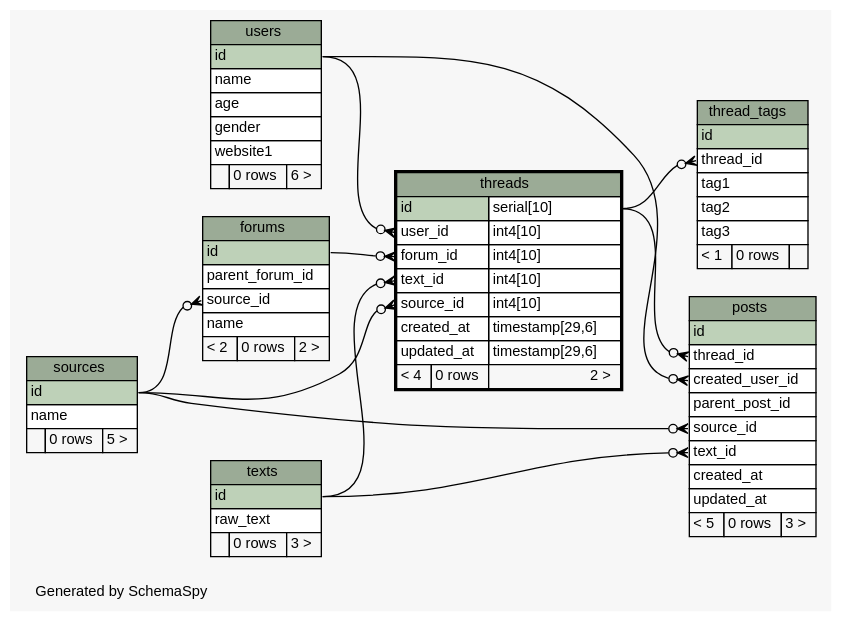
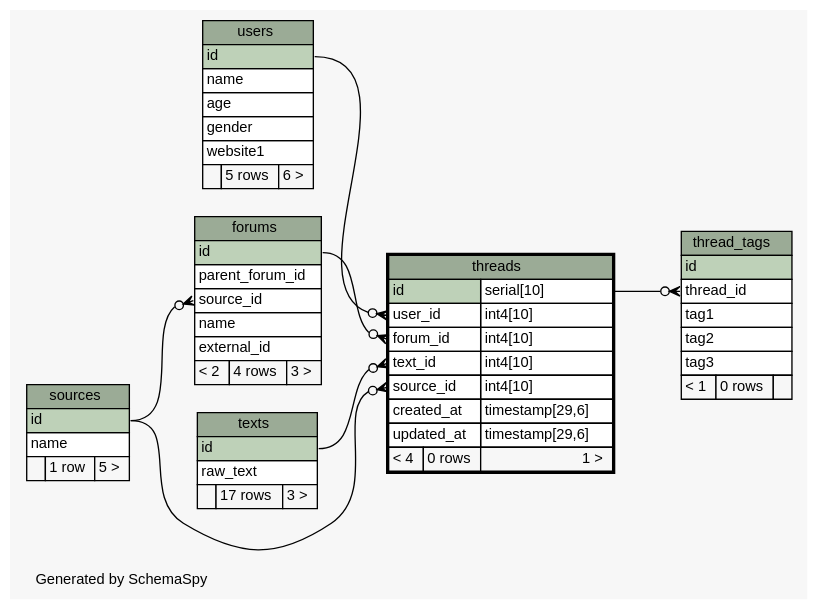
The diagram in schema/oltp/diagrams/threads.1degree.dot (ryanaustincarlson/moocdb), drawn with Graphviz before and after one commit. The commit also changed 77 other files, not shown here.

Commit message:
updated oltp schema

```diff
--- a/schema/oltp/diagrams/threads.1degree.dot
+++ b/schema/oltp/diagrams/threads.1degree.dot
@@ -1,128 +1,108 @@
-// dot 2.34.0 on Mac OS X 10.8.3
+// dot 2.32.0 on Mac OS X 10.8.5
 // SchemaSpy rev 590
 digraph "oneDegreeRelationshipsDiagram" {
   graph [
     rankdir="RL"
     bgcolor="#f7f7f7"
     label="\nGenerated by SchemaSpy"
     labeljust="l"
     nodesep="0.18"
     ranksep="0.46"
     fontname="Helvetica"
     fontsize="11"
   ];
   node [
     fontname="Helvetica"
     fontsize="11"
     shape="plaintext"
   ];
   edge [
     arrowsize="0.8"
   ];
   "forums":"source_id":w -> "sources":"id":e [arrowhead=none dir=back arrowtail=crowodot];
-  "posts":"created_user_id":w -> "users":"id":e [arrowhead=none dir=back arrowtail=crowodot];
-  "posts":"source_id":w -> "sources":"id":e [arrowhead=none dir=back arrowtail=crowodot];
-  "posts":"text_id":w -> "texts":"id":e [arrowhead=none dir=back arrowtail=crowodot];
-  "posts":"thread_id":w -> "threads":"id.type":e [arrowhead=none dir=back arrowtail=crowodot];
   "thread_tags":"thread_id":w -> "threads":"id.type":e [arrowhead=none dir=back arrowtail=crowodot];
   "threads":"forum_id":w -> "forums":"id":e [arrowhead=none dir=back arrowtail=crowodot];
   "threads":"source_id":w -> "sources":"id":e [arrowhead=none dir=back arrowtail=crowodot];
   "threads":"text_id":w -> "texts":"id":e [arrowhead=none dir=back arrowtail=crowodot];
   "threads":"user_id":w -> "users":"id":e [arrowhead=none dir=back arrowtail=crowodot];
   "forums" [
     label=<
     <TABLE BORDER="0" CELLBORDER="1" CELLSPACING="0" BGCOLOR="#ffffff">
       <TR><TD COLSPAN="3" BGCOLOR="#9bab96" ALIGN="CENTER">forums</TD></TR>
       <TR><TD PORT="id" COLSPAN="3" BGCOLOR="#bed1b8" ALIGN="LEFT">id</TD></TR>
       <TR><TD PORT="parent_forum_id" COLSPAN="3" ALIGN="LEFT">parent_forum_id</TD></TR>
       <TR><TD PORT="source_id" COLSPAN="3" ALIGN="LEFT">source_id</TD></TR>
       <TR><TD PORT="name" COLSPAN="3" ALIGN="LEFT">name</TD></TR>
-      <TR><TD ALIGN="LEFT" BGCOLOR="#f7f7f7">&lt; 2</TD><TD ALIGN="RIGHT" BGCOLOR="#f7f7f7">0 rows</TD><TD ALIGN="RIGHT" BGCOLOR="#f7f7f7">2 &gt;</TD></TR>
+      <TR><TD PORT="external_id" COLSPAN="3" ALIGN="LEFT">external_id</TD></TR>
+      <TR><TD ALIGN="LEFT" BGCOLOR="#f7f7f7">&lt; 2</TD><TD ALIGN="RIGHT" BGCOLOR="#f7f7f7">4 rows</TD><TD ALIGN="RIGHT" BGCOLOR="#f7f7f7">3 &gt;</TD></TR>
     </TABLE>>
     URL="forums.html"
     tooltip="forums"
-  ];
-  "posts" [
-    label=<
-    <TABLE BORDER="0" CELLBORDER="1" CELLSPACING="0" BGCOLOR="#ffffff">
-      <TR><TD COLSPAN="3" BGCOLOR="#9bab96" ALIGN="CENTER">posts</TD></TR>
-      <TR><TD PORT="id" COLSPAN="3" BGCOLOR="#bed1b8" ALIGN="LEFT">id</TD></TR>
-      <TR><TD PORT="thread_id" COLSPAN="3" ALIGN="LEFT">thread_id</TD></TR>
-      <TR><TD PORT="created_user_id" COLSPAN="3" ALIGN="LEFT">created_user_id</TD></TR>
-      <TR><TD PORT="parent_post_id" COLSPAN="3" ALIGN="LEFT">parent_post_id</TD></TR>
-      <TR><TD PORT="source_id" COLSPAN="3" ALIGN="LEFT">source_id</TD></TR>
-      <TR><TD PORT="text_id" COLSPAN="3" ALIGN="LEFT">text_id</TD></TR>
-      <TR><TD PORT="created_at" COLSPAN="3" ALIGN="LEFT">created_at</TD></TR>
-      <TR><TD PORT="updated_at" COLSPAN="3" ALIGN="LEFT">updated_at</TD></TR>
-      <TR><TD ALIGN="LEFT" BGCOLOR="#f7f7f7">&lt; 5</TD><TD ALIGN="RIGHT" BGCOLOR="#f7f7f7">0 rows</TD><TD ALIGN="RIGHT" BGCOLOR="#f7f7f7">3 &gt;</TD></TR>
-    </TABLE>>
-    URL="posts.html"
-    tooltip="posts"
   ];
   "sources" [
     label=<
     <TABLE BORDER="0" CELLBORDER="1" CELLSPACING="0" BGCOLOR="#ffffff">
       <TR><TD COLSPAN="3" BGCOLOR="#9bab96" ALIGN="CENTER">sources</TD></TR>
       <TR><TD PORT="id" COLSPAN="3" BGCOLOR="#bed1b8" ALIGN="LEFT">id</TD></TR>
       <TR><TD PORT="name" COLSPAN="3" ALIGN="LEFT">name</TD></TR>
-      <TR><TD ALIGN="LEFT" BGCOLOR="#f7f7f7">  </TD><TD ALIGN="RIGHT" BGCOLOR="#f7f7f7">0 rows</TD><TD ALIGN="RIGHT" BGCOLOR="#f7f7f7">5 &gt;</TD></TR>
+      <TR><TD ALIGN="LEFT" BGCOLOR="#f7f7f7">  </TD><TD ALIGN="RIGHT" BGCOLOR="#f7f7f7">1 row</TD><TD ALIGN="RIGHT" BGCOLOR="#f7f7f7">5 &gt;</TD></TR>
     </TABLE>>
     URL="sources.html"
     tooltip="sources"
   ];
   "texts" [
     label=<
     <TABLE BORDER="0" CELLBORDER="1" CELLSPACING="0" BGCOLOR="#ffffff">
       <TR><TD COLSPAN="3" BGCOLOR="#9bab96" ALIGN="CENTER">texts</TD></TR>
       <TR><TD PORT="id" COLSPAN="3" BGCOLOR="#bed1b8" ALIGN="LEFT">id</TD></TR>
       <TR><TD PORT="raw_text" COLSPAN="3" ALIGN="LEFT">raw_text</TD></TR>
-      <TR><TD ALIGN="LEFT" BGCOLOR="#f7f7f7">  </TD><TD ALIGN="RIGHT" BGCOLOR="#f7f7f7">0 rows</TD><TD ALIGN="RIGHT" BGCOLOR="#f7f7f7">3 &gt;</TD></TR>
+      <TR><TD ALIGN="LEFT" BGCOLOR="#f7f7f7">  </TD><TD ALIGN="RIGHT" BGCOLOR="#f7f7f7">17 rows</TD><TD ALIGN="RIGHT" BGCOLOR="#f7f7f7">3 &gt;</TD></TR>
     </TABLE>>
     URL="texts.html"
     tooltip="texts"
   ];
   "thread_tags" [
     label=<
     <TABLE BORDER="0" CELLBORDER="1" CELLSPACING="0" BGCOLOR="#ffffff">
       <TR><TD COLSPAN="3" BGCOLOR="#9bab96" ALIGN="CENTER">thread_tags</TD></TR>
       <TR><TD PORT="id" COLSPAN="3" BGCOLOR="#bed1b8" ALIGN="LEFT">id</TD></TR>
       <TR><TD PORT="thread_id" COLSPAN="3" ALIGN="LEFT">thread_id</TD></TR>
       <TR><TD PORT="tag1" COLSPAN="3" ALIGN="LEFT">tag1</TD></TR>
       <TR><TD PORT="tag2" COLSPAN="3" ALIGN="LEFT">tag2</TD></TR>
       <TR><TD PORT="tag3" COLSPAN="3" ALIGN="LEFT">tag3</TD></TR>
       <TR><TD ALIGN="LEFT" BGCOLOR="#f7f7f7">&lt; 1</TD><TD ALIGN="RIGHT" BGCOLOR="#f7f7f7">0 rows</TD><TD ALIGN="RIGHT" BGCOLOR="#f7f7f7">  </TD></TR>
     </TABLE>>
     URL="thread_tags.html"
     tooltip="thread_tags"
   ];
   "threads" [
     label=<
     <TABLE BORDER="2" CELLBORDER="1" CELLSPACING="0" BGCOLOR="#ffffff">
       <TR><TD COLSPAN="3" BGCOLOR="#9bab96" ALIGN="CENTER">threads</TD></TR>
       <TR><TD PORT="id" COLSPAN="2" BGCOLOR="#bed1b8" ALIGN="LEFT">id</TD><TD PORT="id.type" ALIGN="LEFT">serial[10]</TD></TR>
       <TR><TD PORT="user_id" COLSPAN="2" ALIGN="LEFT">user_id</TD><TD PORT="user_id.type" ALIGN="LEFT">int4[10]</TD></TR>
       <TR><TD PORT="forum_id" COLSPAN="2" ALIGN="LEFT">forum_id</TD><TD PORT="forum_id.type" ALIGN="LEFT">int4[10]</TD></TR>
       <TR><TD PORT="text_id" COLSPAN="2" ALIGN="LEFT">text_id</TD><TD PORT="text_id.type" ALIGN="LEFT">int4[10]</TD></TR>
       <TR><TD PORT="source_id" COLSPAN="2" ALIGN="LEFT">source_id</TD><TD PORT="source_id.type" ALIGN="LEFT">int4[10]</TD></TR>
       <TR><TD PORT="created_at" COLSPAN="2" ALIGN="LEFT">created_at</TD><TD PORT="created_at.type" ALIGN="LEFT">timestamp[29,6]</TD></TR>
       <TR><TD PORT="updated_at" COLSPAN="2" ALIGN="LEFT">updated_at</TD><TD PORT="updated_at.type" ALIGN="LEFT">timestamp[29,6]</TD></TR>
-      <TR><TD ALIGN="LEFT" BGCOLOR="#f7f7f7">&lt; 4</TD><TD ALIGN="RIGHT" BGCOLOR="#f7f7f7">0 rows</TD><TD ALIGN="RIGHT" BGCOLOR="#f7f7f7">2 &gt;</TD></TR>
+      <TR><TD ALIGN="LEFT" BGCOLOR="#f7f7f7">&lt; 4</TD><TD ALIGN="RIGHT" BGCOLOR="#f7f7f7">0 rows</TD><TD ALIGN="RIGHT" BGCOLOR="#f7f7f7">1 &gt;</TD></TR>
     </TABLE>>
     URL="threads.html"
     tooltip="threads"
   ];
   "users" [
     label=<
     <TABLE BORDER="0" CELLBORDER="1" CELLSPACING="0" BGCOLOR="#ffffff">
       <TR><TD COLSPAN="3" BGCOLOR="#9bab96" ALIGN="CENTER">users</TD></TR>
       <TR><TD PORT="id" COLSPAN="3" BGCOLOR="#bed1b8" ALIGN="LEFT">id</TD></TR>
       <TR><TD PORT="name" COLSPAN="3" ALIGN="LEFT">name</TD></TR>
       <TR><TD PORT="age" COLSPAN="3" ALIGN="LEFT">age</TD></TR>
       <TR><TD PORT="gender" COLSPAN="3" ALIGN="LEFT">gender</TD></TR>
       <TR><TD PORT="website1" COLSPAN="3" ALIGN="LEFT">website1</TD></TR>
-      <TR><TD ALIGN="LEFT" BGCOLOR="#f7f7f7">  </TD><TD ALIGN="RIGHT" BGCOLOR="#f7f7f7">0 rows</TD><TD ALIGN="RIGHT" BGCOLOR="#f7f7f7">6 &gt;</TD></TR>
+      <TR><TD ALIGN="LEFT" BGCOLOR="#f7f7f7">  </TD><TD ALIGN="RIGHT" BGCOLOR="#f7f7f7">5 rows</TD><TD ALIGN="RIGHT" BGCOLOR="#f7f7f7">6 &gt;</TD></TR>
     </TABLE>>
     URL="users.html"
     tooltip="users"
   ];
 }
```
